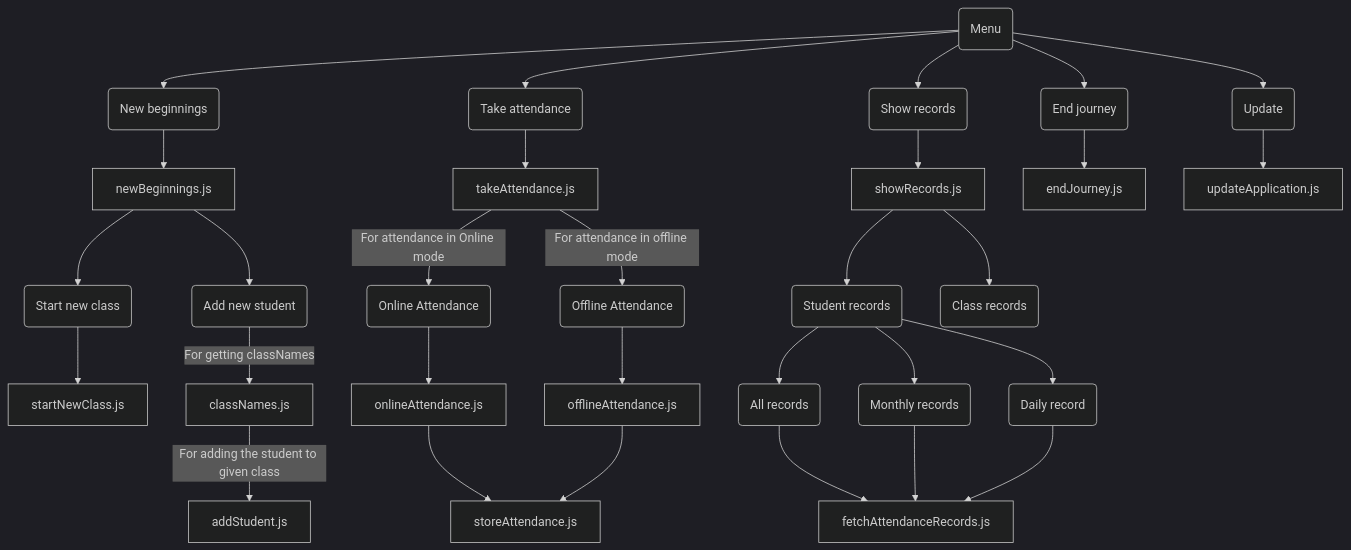
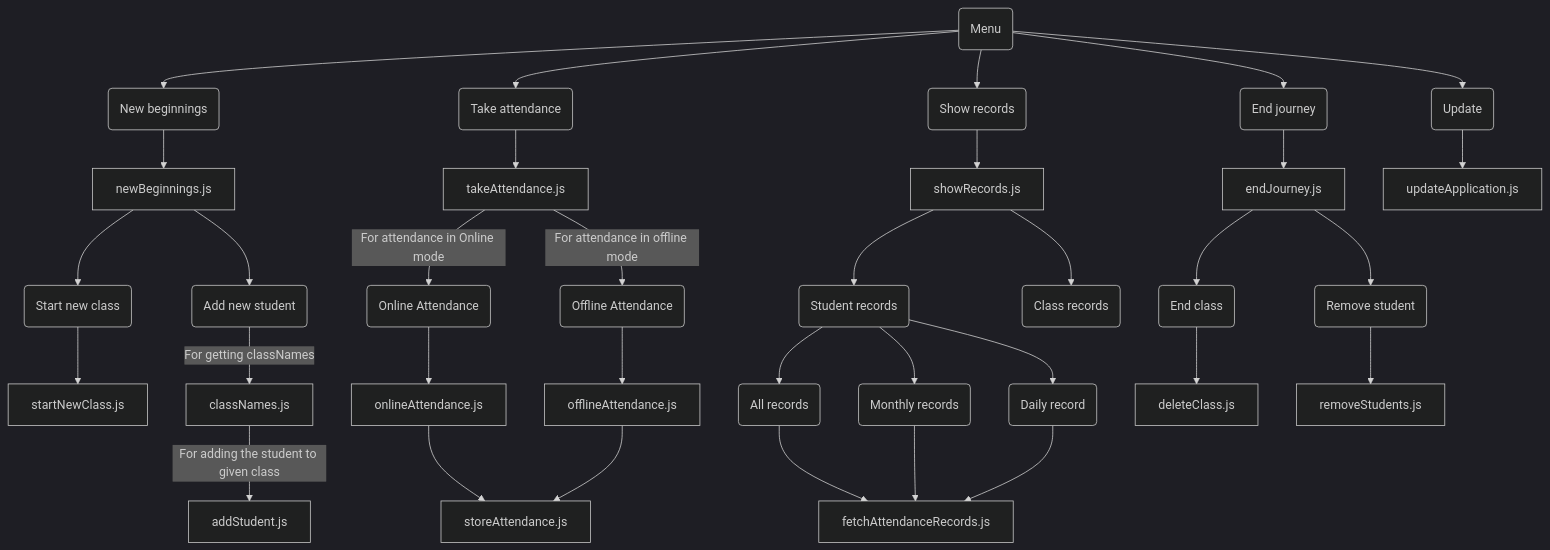
The diagram in SystemArchitecture.md (Sam-Varghese/TeachersKit), drawn with Mermaid (dark theme) before and after one commit.

Commit message:
Updates to sys arch.

````diff
--- a/SystemArchitecture.md
+++ b/SystemArchitecture.md
@@ -1,60 +1,70 @@
 ```mermaid
 flowchart TB;
 
 %% Creating menu items
 
 menu(Menu) --> newBeg(New beginnings)
 menu --> takAtt(Take attendance)
 menu --> shRec(Show records)
 menu --> endJrn(End journey)
 menu --> upd(Update)
 
 %% Putting up the file names for resp. menu items
 
 newBeg --> newBegFil[newBeginnings.js]
 takAtt --> takAttFil[takeAttendance.js]
 shRec --> shRecFil[showRecords.js]
 endJrn --> endJrnFil[endJourney.js]
 upd --> updFil[updateApplication.js]
 
 %% Menu items of New beginnings
 
 newBegFil --> newBegOpt1(Start new class)
 newBegFil --> newBegOpt2(Add new student)
 
 %% Files for all menu items of new Beginnings
 
 newBegOpt1 --> newBegOpt1Fil[startNewClass.js]
 newBegOpt2 --> |For getting classNames|newBegOpt2File1[classNames.js]
 newBegOpt2File1 --> |For adding the student to given class|newBegOpt2File2[addStudent.js]
 
 %% Menu items for taking attendance
 
 takAttFil --> |For attendance in Online mode|onlAtt(Online Attendance)
 takAttFil --> |For attendance in offline mode|offAtt(Offline Attendance)
 
 %% Files required for respective menu items of modes of attendance
 
 onlAtt --> onlAttFil[onlineAttendance.js]
 offAtt --> offAttFile[offlineAttendance.js]
 
 onlAttFil --> strAtt[storeAttendance.js]
 offAttFile --> strAtt
 
 %% Working on showRecords menu items
 
 shRecFil --> stuRec(Student records)
 shRecFil --> classRec(Class records)
 
 %% Working on student records
 
 stuRec --> allRec(All records)
 stuRec --> monthlyRec(Monthly records)
 stuRec --> dailyRec(Daily record)
 
 %% Working on student records menu item files
 
 allRec --> recordsProg[fetchAttendanceRecords.js]
 monthlyRec --> recordsProg
 dailyRec --> recordsProg
+
+%% Working on endJourney menu items
+
+endJrnFil --> endClass(End class)
+endJrnFil --> remStu(Remove student)
+
+%% Working on file for endJourney menu items
+
+endClass --> endClassFil[deleteClass.js]
+remStu --> remStuFil[removeStudents.js]
 ```
````
